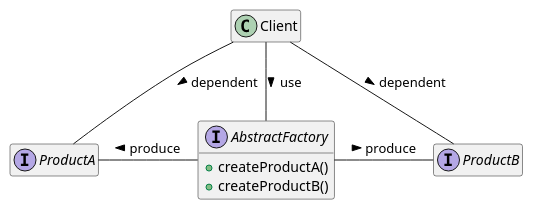
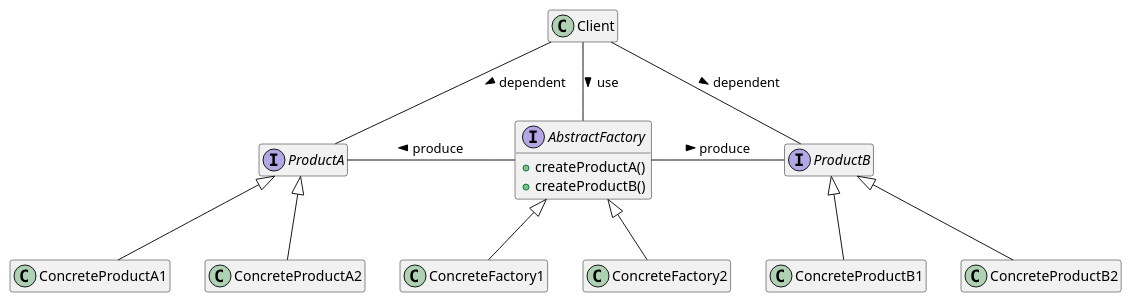
Before and after one commit to gama79530/DesignPattern: the diagram in AbstractFactoryPattern/AbstractFactoryPattern.puml, drawn with PlantUML. The commit also changed 1 other file, not shown here.

```diff
--- a/AbstractFactoryPattern/AbstractFactoryPattern.puml
+++ b/AbstractFactoryPattern/AbstractFactoryPattern.puml
@@ -1,25 +1,48 @@
 @startuml AbstractFactoryPattern
 hide empty members
 
 class Client{
 }
 
 interface AbstractFactory{
     + createProductA()
     + createProductB()
 }
 
 interface ProductA{
 }
 
 interface ProductB{
 }
 
+class ConcreteProductA1{
+}
+
+class ConcreteProductA2{
+}
+
+class ConcreteProductB1{
+}
+
+class ConcreteProductB2{
+}
+
+class ConcreteFactory1{
+}
+
+class ConcreteFactory2{
+}
+
 AbstractFactory -left- ProductA : > produce 
 AbstractFactory - ProductB : > produce 
 
 Client -down- AbstractFactory : > use
 Client -down- ProductA : > dependent
 Client -down- ProductB : > dependent
-
+ProductA <|-down- ConcreteProductA1
+ProductA <|-down- ConcreteProductA2
+ProductB <|-down- ConcreteProductB1
+ProductB <|-down- ConcreteProductB2
+AbstractFactory <|-down- ConcreteFactory1
+AbstractFactory <|-down- ConcreteFactory2
 @enduml
```
